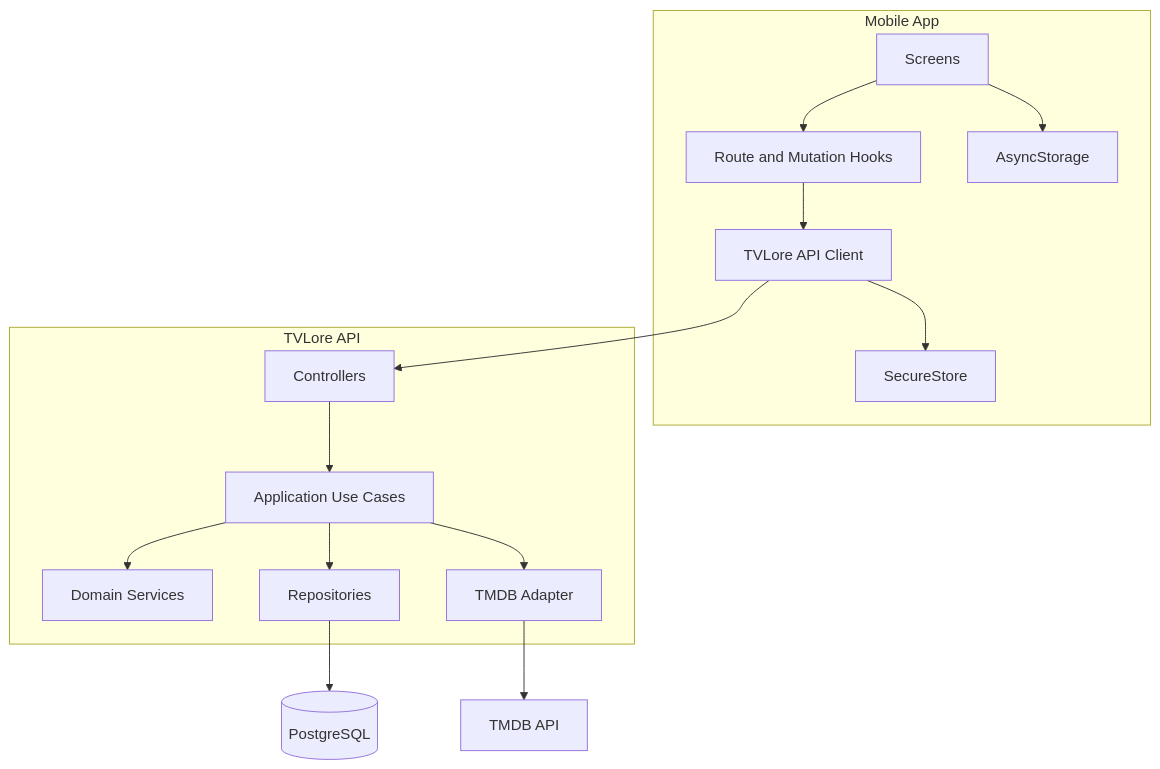
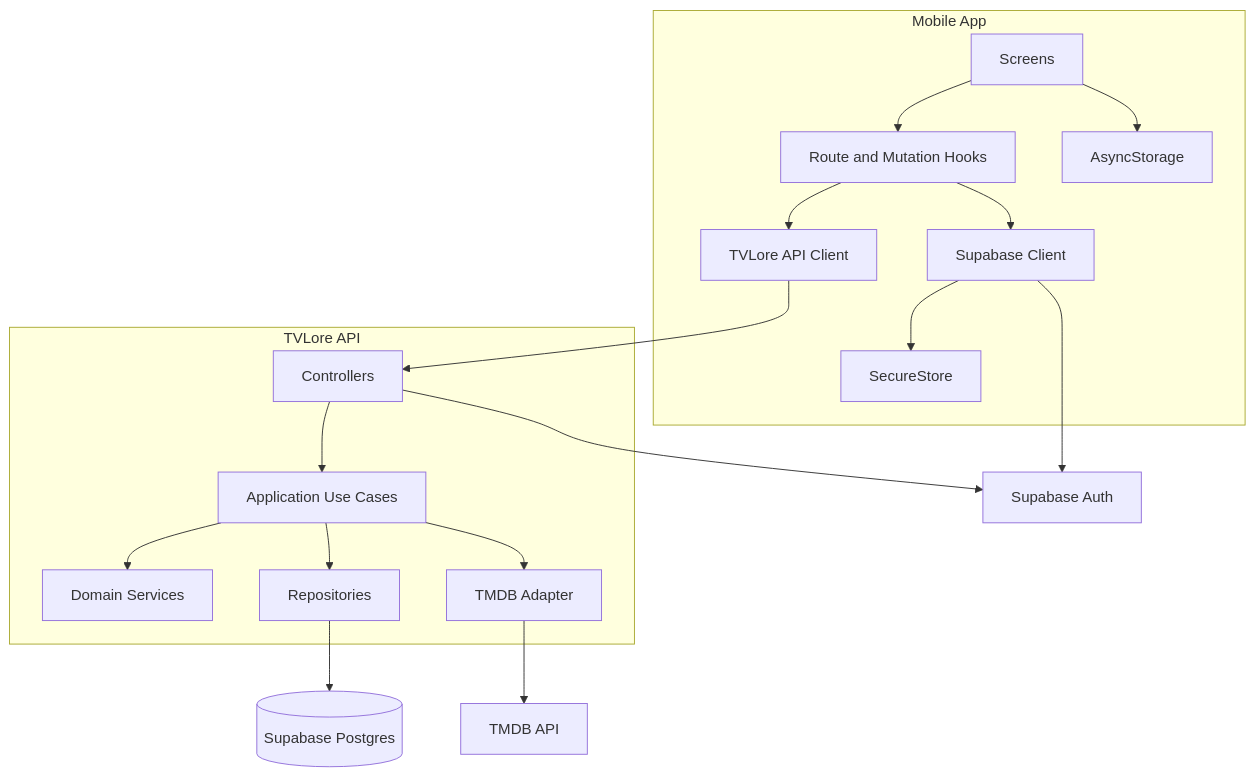
One commit to luiskabal/tvlore changed the second of 13 diagrams in docs/diagrams.md. Above: the diagram before and after it, drawn with Mermaid. The commit also changed other lines of this file, not shown here.

Commit message:
docs: update architecture diagrams

````diff
--- a/docs/diagrams.md
+++ b/docs/diagrams.md
@@ -26,33 +28,38 @@
 ```mermaid
 flowchart TB
   subgraph MobileApp[Mobile App]
     Screens[Screens]
     Hooks[Route and Mutation Hooks]
     ApiClient[TVLore API Client]
+    SupabaseClient[Supabase Client]
     SecureStore[SecureStore]
     AsyncStorage[AsyncStorage]
   end
 
   subgraph Backend[TVLore API]
     Controllers[Controllers]
     UseCases[Application Use Cases]
     Domain[Domain Services]
     Repos[Repositories]
     TmdbAdapter[TMDB Adapter]
   end
 
-  DB[(PostgreSQL)]
+  Auth[Supabase Auth]
+  DB[(Supabase Postgres)]
   TMDB[TMDB API]
 
   Screens --> Hooks
   Hooks --> ApiClient
+  Hooks --> SupabaseClient
+  SupabaseClient --> Auth
   ApiClient --> Controllers
+  Controllers --> Auth
   Controllers --> UseCases
   UseCases --> Domain
   UseCases --> Repos
   UseCases --> TmdbAdapter
   Repos --> DB
   TmdbAdapter --> TMDB
-  ApiClient --> SecureStore
+  SupabaseClient --> SecureStore
   Screens --> AsyncStorage
 ```
````
